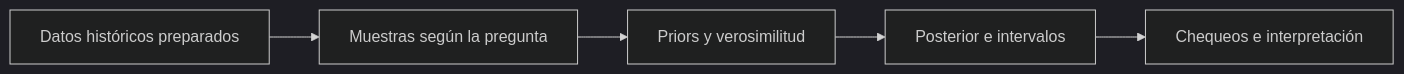
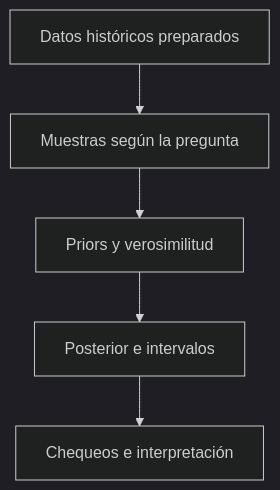
The diagram in README.md (fabiantovarc/Analizando_delitos_con_bayesiana_paper), drawn with Mermaid (dark theme) before and after one commit.

Commit message:
docs: improve pipeline diagram readability

````diff
--- a/README.md
+++ b/README.md
@@ -34,7 +34,7 @@
 ```mermaid
-flowchart LR
+flowchart TB
     A["Datos históricos preparados"] --> B["Muestras según la pregunta"]
     B --> C["Priors y verosimilitud"]
     C --> D["Posterior e intervalos"]
     D --> E["Chequeos e interpretación"]
 ```
````
